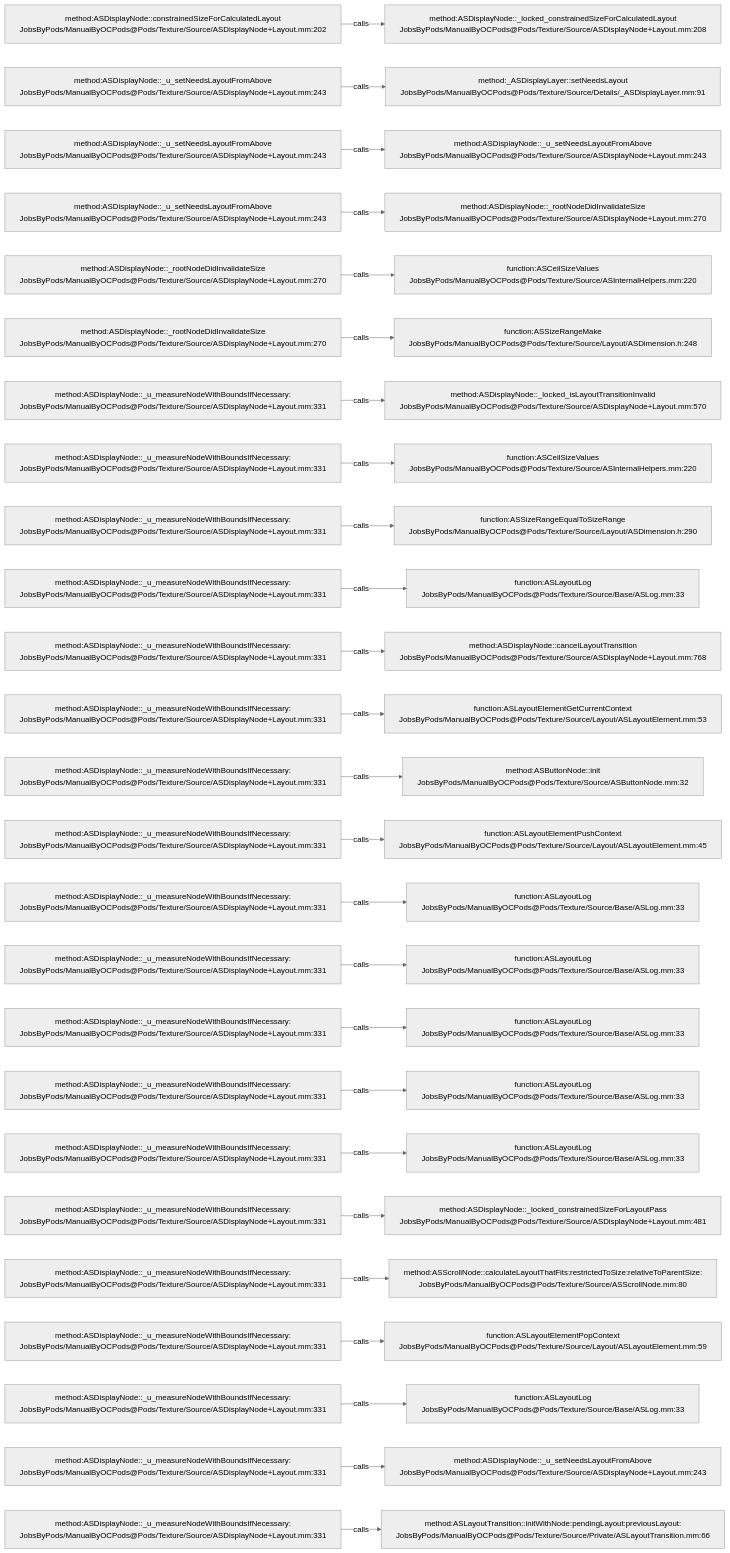
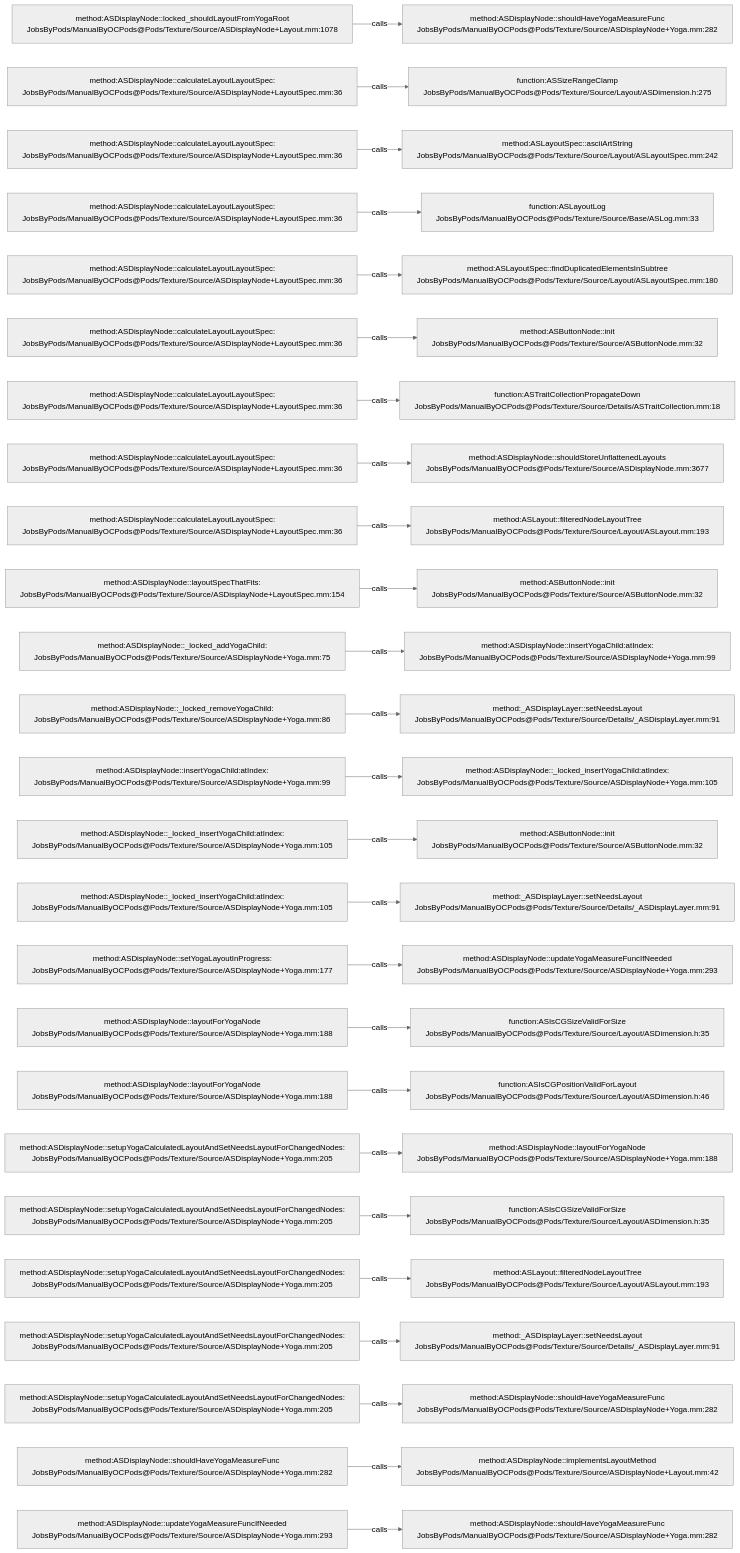
One commit to JobsKits/JobsOCBaseConfigDemo changed the diagram in .codegraph/codegraph.md/graphs/calls-092.md. Above: the diagram before and after it, drawn with Mermaid (neutral theme). The commit also changed 1353 other files, not shown here.

````diff
--- a/.codegraph/codegraph.md/graphs/calls-092.md
+++ b/.codegraph/codegraph.md/graphs/calls-092.md
@@ -13,78 +13,78 @@
 ```mermaid
 flowchart LR
-  S1["method:ASDisplayNode::constrainedSizeForCalculatedLayout<br/>JobsByPods/ManualByOCPods@Pods/Texture/Source/ASDisplayNode+Layout.mm:202"]
-  T1["method:ASDisplayNode::_locked_constrainedSizeForCalculatedLayout<br/>JobsByPods/ManualByOCPods@Pods/Texture/Source/ASDisplayNode+Layout.mm:208"]
+  S1["method:ASDisplayNode::locked_shouldLayoutFromYogaRoot<br/>JobsByPods/ManualByOCPods@Pods/Texture/Source/ASDisplayNode+Layout.mm:1078"]
+  T1["method:ASDisplayNode::shouldHaveYogaMeasureFunc<br/>JobsByPods/ManualByOCPods@Pods/Texture/Source/ASDisplayNode+Yoga.mm:282"]
   S1 -->|calls| T1
-  S2["method:ASDisplayNode::_u_setNeedsLayoutFromAbove<br/>JobsByPods/ManualByOCPods@Pods/Texture/Source/ASDisplayNode+Layout.mm:243"]
-  T2["method:_ASDisplayLayer::setNeedsLayout<br/>JobsByPods/ManualByOCPods@Pods/Texture/Source/Details/_ASDisplayLayer.mm:91"]
+  S2["method:ASDisplayNode::calculateLayoutLayoutSpec:<br/>JobsByPods/ManualByOCPods@Pods/Texture/Source/ASDisplayNode+LayoutSpec.mm:36"]
+  T2["function:ASSizeRangeClamp<br/>JobsByPods/ManualByOCPods@Pods/Texture/Source/Layout/ASDimension.h:275"]
   S2 -->|calls| T2
-  S3["method:ASDisplayNode::_u_setNeedsLayoutFromAbove<br/>JobsByPods/ManualByOCPods@Pods/Texture/Source/ASDisplayNode+Layout.mm:243"]
-  T3["method:ASDisplayNode::_u_setNeedsLayoutFromAbove<br/>JobsByPods/ManualByOCPods@Pods/Texture/Source/ASDisplayNode+Layout.mm:243"]
+  S3["method:ASDisplayNode::calculateLayoutLayoutSpec:<br/>JobsByPods/ManualByOCPods@Pods/Texture/Source/ASDisplayNode+LayoutSpec.mm:36"]
+  T3["method:ASLayoutSpec::asciiArtString<br/>JobsByPods/ManualByOCPods@Pods/Texture/Source/Layout/ASLayoutSpec.mm:242"]
   S3 -->|calls| T3
-  S4["method:ASDisplayNode::_u_setNeedsLayoutFromAbove<br/>JobsByPods/ManualByOCPods@Pods/Texture/Source/ASDisplayNode+Layout.mm:243"]
-  T4["method:ASDisplayNode::_rootNodeDidInvalidateSize<br/>JobsByPods/ManualByOCPods@Pods/Texture/Source/ASDisplayNode+Layout.mm:270"]
+  S4["method:ASDisplayNode::calculateLayoutLayoutSpec:<br/>JobsByPods/ManualByOCPods@Pods/Texture/Source/ASDisplayNode+LayoutSpec.mm:36"]
+  T4["function:ASLayoutLog<br/>JobsByPods/ManualByOCPods@Pods/Texture/Source/Base/ASLog.mm:33"]
   S4 -->|calls| T4
-  S5["method:ASDisplayNode::_rootNodeDidInvalidateSize<br/>JobsByPods/ManualByOCPods@Pods/Texture/Source/ASDisplayNode+Layout.mm:270"]
-  T5["function:ASCeilSizeValues<br/>JobsByPods/ManualByOCPods@Pods/Texture/Source/ASInternalHelpers.mm:220"]
+  S5["method:ASDisplayNode::calculateLayoutLayoutSpec:<br/>JobsByPods/ManualByOCPods@Pods/Texture/Source/ASDisplayNode+LayoutSpec.mm:36"]
+  T5["method:ASLayoutSpec::findDuplicatedElementsInSubtree<br/>JobsByPods/ManualByOCPods@Pods/Texture/Source/Layout/ASLayoutSpec.mm:180"]
   S5 -->|calls| T5
-  S6["method:ASDisplayNode::_rootNodeDidInvalidateSize<br/>JobsByPods/ManualByOCPods@Pods/Texture/Source/ASDisplayNode+Layout.mm:270"]
-  T6["function:ASSizeRangeMake<br/>JobsByPods/ManualByOCPods@Pods/Texture/Source/Layout/ASDimension.h:248"]
+  S6["method:ASDisplayNode::calculateLayoutLayoutSpec:<br/>JobsByPods/ManualByOCPods@Pods/Texture/Source/ASDisplayNode+LayoutSpec.mm:36"]
+  T6["method:ASButtonNode::init<br/>JobsByPods/ManualByOCPods@Pods/Texture/Source/ASButtonNode.mm:32"]
   S6 -->|calls| T6
-  S7["method:ASDisplayNode::_u_measureNodeWithBoundsIfNecessary:<br/>JobsByPods/ManualByOCPods@Pods/Texture/Source/ASDisplayNode+Layout.mm:331"]
-  T7["method:ASDisplayNode::_locked_isLayoutTransitionInvalid<br/>JobsByPods/ManualByOCPods@Pods/Texture/Source/ASDisplayNode+Layout.mm:570"]
+  S7["method:ASDisplayNode::calculateLayoutLayoutSpec:<br/>JobsByPods/ManualByOCPods@Pods/Texture/Source/ASDisplayNode+LayoutSpec.mm:36"]
+  T7["function:ASTraitCollectionPropagateDown<br/>JobsByPods/ManualByOCPods@Pods/Texture/Source/Details/ASTraitCollection.mm:18"]
   S7 -->|calls| T7
-  S8["method:ASDisplayNode::_u_measureNodeWithBoundsIfNecessary:<br/>JobsByPods/ManualByOCPods@Pods/Texture/Source/ASDisplayNode+Layout.mm:331"]
-  T8["function:ASCeilSizeValues<br/>JobsByPods/ManualByOCPods@Pods/Texture/Source/ASInternalHelpers.mm:220"]
+  S8["method:ASDisplayNode::calculateLayoutLayoutSpec:<br/>JobsByPods/ManualByOCPods@Pods/Texture/Source/ASDisplayNode+LayoutSpec.mm:36"]
+  T8["method:ASDisplayNode::shouldStoreUnflattenedLayouts<br/>JobsByPods/ManualByOCPods@Pods/Texture/Source/ASDisplayNode.mm:3677"]
   S8 -->|calls| T8
-  S9["method:ASDisplayNode::_u_measureNodeWithBoundsIfNecessary:<br/>JobsByPods/ManualByOCPods@Pods/Texture/Source/ASDisplayNode+Layout.mm:331"]
-  T9["function:ASSizeRangeEqualToSizeRange<br/>JobsByPods/ManualByOCPods@Pods/Texture/Source/Layout/ASDimension.h:290"]
+  S9["method:ASDisplayNode::calculateLayoutLayoutSpec:<br/>JobsByPods/ManualByOCPods@Pods/Texture/Source/ASDisplayNode+LayoutSpec.mm:36"]
+  T9["method:ASLayout::filteredNodeLayoutTree<br/>JobsByPods/ManualByOCPods@Pods/Texture/Source/Layout/ASLayout.mm:193"]
   S9 -->|calls| T9
-  S10["method:ASDisplayNode::_u_measureNodeWithBoundsIfNecessary:<br/>JobsByPods/ManualByOCPods@Pods/Texture/Source/ASDisplayNode+Layout.mm:331"]
-  T10["function:ASLayoutLog<br/>JobsByPods/ManualByOCPods@Pods/Texture/Source/Base/ASLog.mm:33"]
+  S10["method:ASDisplayNode::layoutSpecThatFits:<br/>JobsByPods/ManualByOCPods@Pods/Texture/Source/ASDisplayNode+LayoutSpec.mm:154"]
+  T10["method:ASButtonNode::init<br/>JobsByPods/ManualByOCPods@Pods/Texture/Source/ASButtonNode.mm:32"]
   S10 -->|calls| T10
-  S11["method:ASDisplayNode::_u_measureNodeWithBoundsIfNecessary:<br/>JobsByPods/ManualByOCPods@Pods/Texture/Source/ASDisplayNode+Layout.mm:331"]
-  T11["method:ASDisplayNode::cancelLayoutTransition<br/>JobsByPods/ManualByOCPods@Pods/Texture/Source/ASDisplayNode+Layout.mm:768"]
+  S11["method:ASDisplayNode::_locked_addYogaChild:<br/>JobsByPods/ManualByOCPods@Pods/Texture/Source/ASDisplayNode+Yoga.mm:75"]
+  T11["method:ASDisplayNode::insertYogaChild:atIndex:<br/>JobsByPods/ManualByOCPods@Pods/Texture/Source/ASDisplayNode+Yoga.mm:99"]
   S11 -->|calls| T11
-  S12["method:ASDisplayNode::_u_measureNodeWithBoundsIfNecessary:<br/>JobsByPods/ManualByOCPods@Pods/Texture/Source/ASDisplayNode+Layout.mm:331"]
-  T12["function:ASLayoutElementGetCurrentContext<br/>JobsByPods/ManualByOCPods@Pods/Texture/Source/Layout/ASLayoutElement.mm:53"]
+  S12["method:ASDisplayNode::_locked_removeYogaChild:<br/>JobsByPods/ManualByOCPods@Pods/Texture/Source/ASDisplayNode+Yoga.mm:86"]
+  T12["method:_ASDisplayLayer::setNeedsLayout<br/>JobsByPods/ManualByOCPods@Pods/Texture/Source/Details/_ASDisplayLayer.mm:91"]
   S12 -->|calls| T12
-  S13["method:ASDisplayNode::_u_measureNodeWithBoundsIfNecessary:<br/>JobsByPods/ManualByOCPods@Pods/Texture/Source/ASDisplayNode+Layout.mm:331"]
-  T13["method:ASButtonNode::init<br/>JobsByPods/ManualByOCPods@Pods/Texture/Source/ASButtonNode.mm:32"]
+  S13["method:ASDisplayNode::insertYogaChild:atIndex:<br/>JobsByPods/ManualByOCPods@Pods/Texture/Source/ASDisplayNode+Yoga.mm:99"]
+  T13["method:ASDisplayNode::_locked_insertYogaChild:atIndex:<br/>JobsByPods/ManualByOCPods@Pods/Texture/Source/ASDisplayNode+Yoga.mm:105"]
   S13 -->|calls| T13
-  S14["method:ASDisplayNode::_u_measureNodeWithBoundsIfNecessary:<br/>JobsByPods/ManualByOCPods@Pods/Texture/Source/ASDisplayNode+Layout.mm:331"]
-  T14["function:ASLayoutElementPushContext<br/>JobsByPods/ManualByOCPods@Pods/Texture/Source/Layout/ASLayoutElement.mm:45"]
+  S14["method:ASDisplayNode::_locked_insertYogaChild:atIndex:<br/>JobsByPods/ManualByOCPods@Pods/Texture/Source/ASDisplayNode+Yoga.mm:105"]
+  T14["method:ASButtonNode::init<br/>JobsByPods/ManualByOCPods@Pods/Texture/Source/ASButtonNode.mm:32"]
   S14 -->|calls| T14
-  S15["method:ASDisplayNode::_u_measureNodeWithBoundsIfNecessary:<br/>JobsByPods/ManualByOCPods@Pods/Texture/Source/ASDisplayNode+Layout.mm:331"]
-  T15["function:ASLayoutLog<br/>JobsByPods/ManualByOCPods@Pods/Texture/Source/Base/ASLog.mm:33"]
+  S15["method:ASDisplayNode::_locked_insertYogaChild:atIndex:<br/>JobsByPods/ManualByOCPods@Pods/Texture/Source/ASDisplayNode+Yoga.mm:105"]
+  T15["method:_ASDisplayLayer::setNeedsLayout<br/>JobsByPods/ManualByOCPods@Pods/Texture/Source/Details/_ASDisplayLayer.mm:91"]
   S15 -->|calls| T15
-  S16["method:ASDisplayNode::_u_measureNodeWithBoundsIfNecessary:<br/>JobsByPods/ManualByOCPods@Pods/Texture/Source/ASDisplayNode+Layout.mm:331"]
-  T16["function:ASLayoutLog<br/>JobsByPods/ManualByOCPods@Pods/Texture/Source/Base/ASLog.mm:33"]
+  S16["method:ASDisplayNode::setYogaLayoutInProgress:<br/>JobsByPods/ManualByOCPods@Pods/Texture/Source/ASDisplayNode+Yoga.mm:177"]
+  T16["method:ASDisplayNode::updateYogaMeasureFuncIfNeeded<br/>JobsByPods/ManualByOCPods@Pods/Texture/Source/ASDisplayNode+Yoga.mm:293"]
   S16 -->|calls| T16
-  S17["method:ASDisplayNode::_u_measureNodeWithBoundsIfNecessary:<br/>JobsByPods/ManualByOCPods@Pods/Texture/Source/ASDisplayNode+Layout.mm:331"]
-  T17["function:ASLayoutLog<br/>JobsByPods/ManualByOCPods@Pods/Texture/Source/Base/ASLog.mm:33"]
+  S17["method:ASDisplayNode::layoutForYogaNode<br/>JobsByPods/ManualByOCPods@Pods/Texture/Source/ASDisplayNode+Yoga.mm:188"]
+  T17["function:ASIsCGSizeValidForSize<br/>JobsByPods/ManualByOCPods@Pods/Texture/Source/Layout/ASDimension.h:35"]
   S17 -->|calls| T17
-  S18["method:ASDisplayNode::_u_measureNodeWithBoundsIfNecessary:<br/>JobsByPods/ManualByOCPods@Pods/Texture/Source/ASDisplayNode+Layout.mm:331"]
-  T18["function:ASLayoutLog<br/>JobsByPods/ManualByOCPods@Pods/Texture/Source/Base/ASLog.mm:33"]
+  S18["method:ASDisplayNode::layoutForYogaNode<br/>JobsByPods/ManualByOCPods@Pods/Texture/Source/ASDisplayNode+Yoga.mm:188"]
+  T18["function:ASIsCGPositionValidForLayout<br/>JobsByPods/ManualByOCPods@Pods/Texture/Source/Layout/ASDimension.h:46"]
   S18 -->|calls| T18
-  S19["method:ASDisplayNode::_u_measureNodeWithBoundsIfNecessary:<br/>JobsByPods/ManualByOCPods@Pods/Texture/Source/ASDisplayNode+Layout.mm:331"]
-  T19["function:ASLayoutLog<br/>JobsByPods/ManualByOCPods@Pods/Texture/Source/Base/ASLog.mm:33"]
+  S19["method:ASDisplayNode::setupYogaCalculatedLayoutAndSetNeedsLayoutForChangedNodes:<br/>JobsByPods/ManualByOCPods@Pods/Texture/Source/ASDisplayNode+Yoga.mm:205"]
+  T19["method:ASDisplayNode::layoutForYogaNode<br/>JobsByPods/ManualByOCPods@Pods/Texture/Source/ASDisplayNode+Yoga.mm:188"]
   S19 -->|calls| T19
-  S20["method:ASDisplayNode::_u_measureNodeWithBoundsIfNecessary:<br/>JobsByPods/ManualByOCPods@Pods/Texture/Source/ASDisplayNode+Layout.mm:331"]
-  T20["method:ASDisplayNode::_locked_constrainedSizeForLayoutPass<br/>JobsByPods/ManualByOCPods@Pods/Texture/Source/ASDisplayNode+Layout.mm:481"]
+  S20["method:ASDisplayNode::setupYogaCalculatedLayoutAndSetNeedsLayoutForChangedNodes:<br/>JobsByPods/ManualByOCPods@Pods/Texture/Source/ASDisplayNode+Yoga.mm:205"]
+  T20["function:ASIsCGSizeValidForSize<br/>JobsByPods/ManualByOCPods@Pods/Texture/Source/Layout/ASDimension.h:35"]
   S20 -->|calls| T20
-  S21["method:ASDisplayNode::_u_measureNodeWithBoundsIfNecessary:<br/>JobsByPods/ManualByOCPods@Pods/Texture/Source/ASDisplayNode+Layout.mm:331"]
-  T21["method:ASScrollNode::calculateLayoutThatFits:restrictedToSize:relativeToParentSize:<br/>JobsByPods/ManualByOCPods@Pods/Texture/Source/ASScrollNode.mm:80"]
+  S21["method:ASDisplayNode::setupYogaCalculatedLayoutAndSetNeedsLayoutForChangedNodes:<br/>JobsByPods/ManualByOCPods@Pods/Texture/Source/ASDisplayNode+Yoga.mm:205"]
+  T21["method:ASLayout::filteredNodeLayoutTree<br/>JobsByPods/ManualByOCPods@Pods/Texture/Source/Layout/ASLayout.mm:193"]
   S21 -->|calls| T21
-  S22["method:ASDisplayNode::_u_measureNodeWithBoundsIfNecessary:<br/>JobsByPods/ManualByOCPods@Pods/Texture/Source/ASDisplayNode+Layout.mm:331"]
-  T22["function:ASLayoutElementPopContext<br/>JobsByPods/ManualByOCPods@Pods/Texture/Source/Layout/ASLayoutElement.mm:59"]
+  S22["method:ASDisplayNode::setupYogaCalculatedLayoutAndSetNeedsLayoutForChangedNodes:<br/>JobsByPods/ManualByOCPods@Pods/Texture/Source/ASDisplayNode+Yoga.mm:205"]
+  T22["method:_ASDisplayLayer::setNeedsLayout<br/>JobsByPods/ManualByOCPods@Pods/Texture/Source/Details/_ASDisplayLayer.mm:91"]
   S22 -->|calls| T22
-  S23["method:ASDisplayNode::_u_measureNodeWithBoundsIfNecessary:<br/>JobsByPods/ManualByOCPods@Pods/Texture/Source/ASDisplayNode+Layout.mm:331"]
-  T23["function:ASLayoutLog<br/>JobsByPods/ManualByOCPods@Pods/Texture/Source/Base/ASLog.mm:33"]
+  S23["method:ASDisplayNode::setupYogaCalculatedLayoutAndSetNeedsLayoutForChangedNodes:<br/>JobsByPods/ManualByOCPods@Pods/Texture/Source/ASDisplayNode+Yoga.mm:205"]
+  T23["method:ASDisplayNode::shouldHaveYogaMeasureFunc<br/>JobsByPods/ManualByOCPods@Pods/Texture/Source/ASDisplayNode+Yoga.mm:282"]
   S23 -->|calls| T23
-  S24["method:ASDisplayNode::_u_measureNodeWithBoundsIfNecessary:<br/>JobsByPods/ManualByOCPods@Pods/Texture/Source/ASDisplayNode+Layout.mm:331"]
-  T24["method:ASDisplayNode::_u_setNeedsLayoutFromAbove<br/>JobsByPods/ManualByOCPods@Pods/Texture/Source/ASDisplayNode+Layout.mm:243"]
+  S24["method:ASDisplayNode::shouldHaveYogaMeasureFunc<br/>JobsByPods/ManualByOCPods@Pods/Texture/Source/ASDisplayNode+Yoga.mm:282"]
+  T24["method:ASDisplayNode::implementsLayoutMethod<br/>JobsByPods/ManualByOCPods@Pods/Texture/Source/ASDisplayNode+Layout.mm:42"]
   S24 -->|calls| T24
-  S25["method:ASDisplayNode::_u_measureNodeWithBoundsIfNecessary:<br/>JobsByPods/ManualByOCPods@Pods/Texture/Source/ASDisplayNode+Layout.mm:331"]
-  T25["method:ASLayoutTransition::initWithNode:pendingLayout:previousLayout:<br/>JobsByPods/ManualByOCPods@Pods/Texture/Source/Private/ASLayoutTransition.mm:66"]
+  S25["method:ASDisplayNode::updateYogaMeasureFuncIfNeeded<br/>JobsByPods/ManualByOCPods@Pods/Texture/Source/ASDisplayNode+Yoga.mm:293"]
+  T25["method:ASDisplayNode::shouldHaveYogaMeasureFunc<br/>JobsByPods/ManualByOCPods@Pods/Texture/Source/ASDisplayNode+Yoga.mm:282"]
   S25 -->|calls| T25
 ```
````
